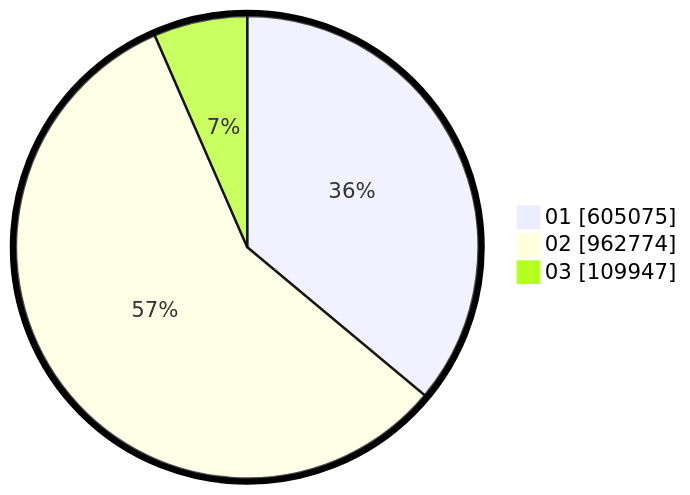
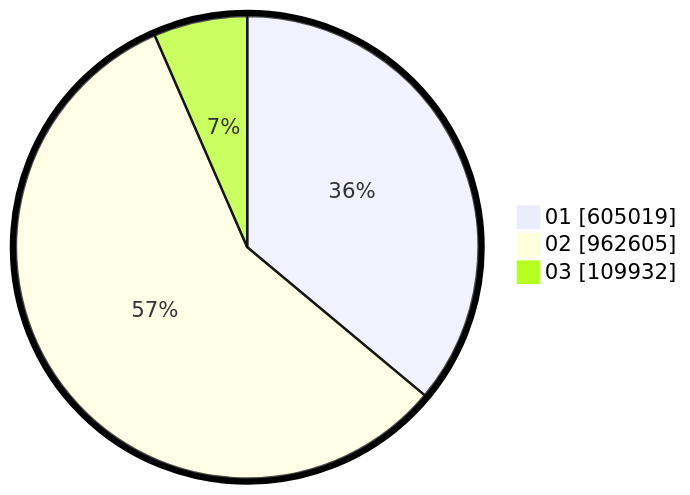
Before and after one commit to gigit-pemilu/pemilu-2024: the second of 2 diagrams in pilpres/hitung-suara/sub/table-wilayah-63.md, drawn with Mermaid. The commit also changed other lines of this file and 7 other files, not shown here.

````diff
--- a/pilpres/hitung-suara/sub/table-wilayah-63.md
+++ b/pilpres/hitung-suara/sub/table-wilayah-63.md
@@ -15,7 +15,7 @@
 ```mermaid
 %%{init: {"pie": {"textPosition": 0.5}, "themeVariables": {"pieOuterStrokeWidth": "5px"}} }%%
 pie showData
-    "01" : 605075
-    "02" : 962774
-    "03" : 109947
+    "01" : 605019
+    "02" : 962605
+    "03" : 109932
 ```
````
